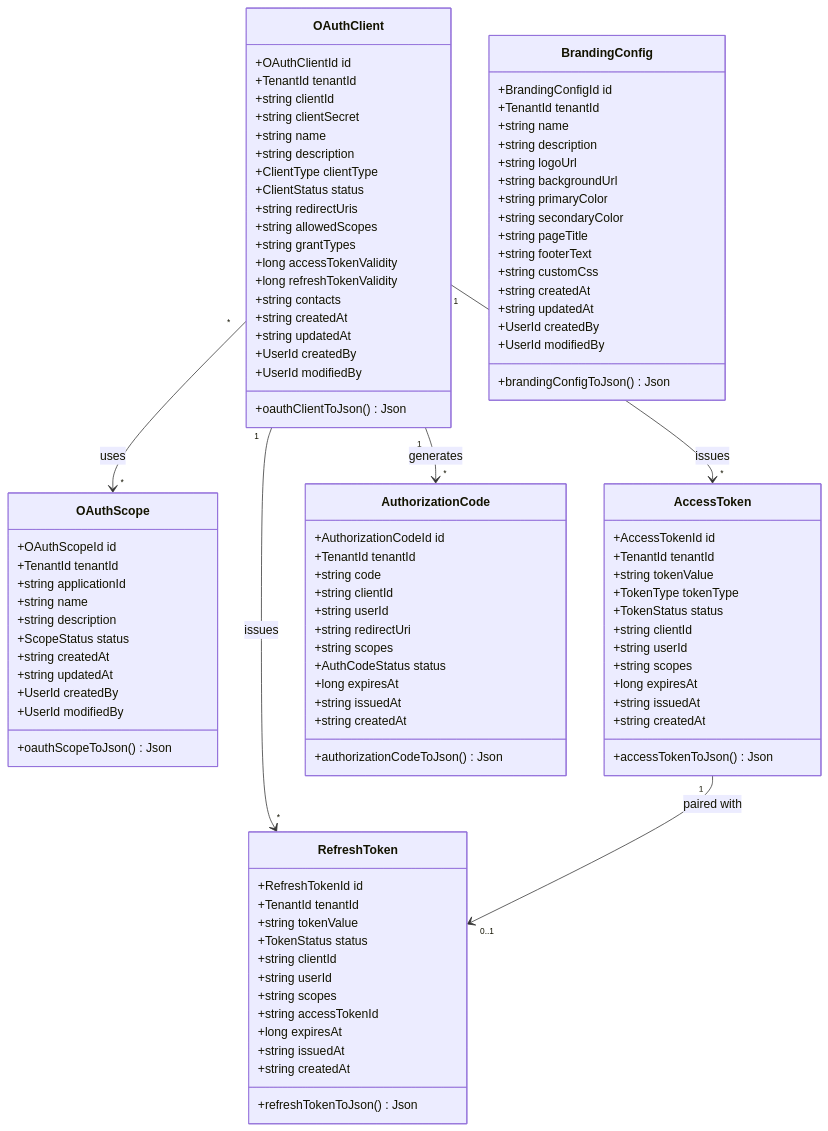
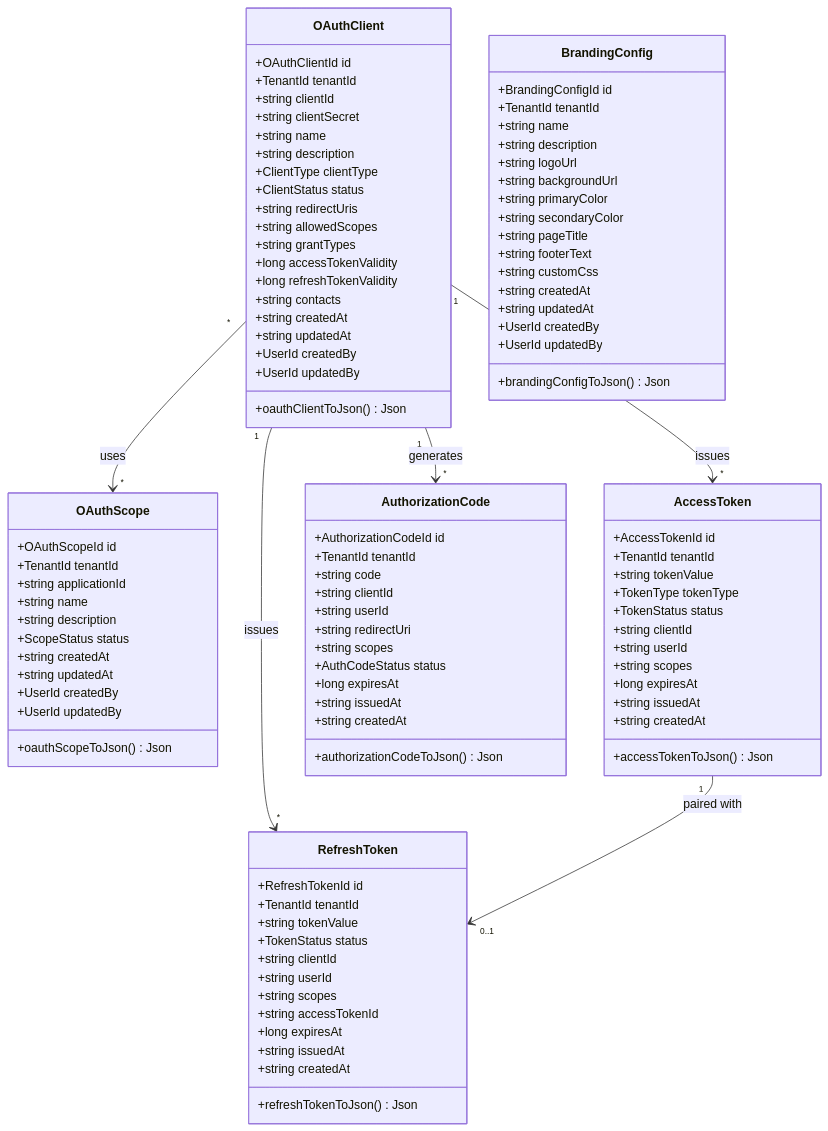
Before and after one commit to UIMSolutions/uim-platform: the first of 6 diagrams in oauth/UML.md, drawn with Mermaid. The commit also changed 212 other files, not shown here.

```diff
--- a/oauth/UML.md
+++ b/oauth/UML.md
@@ -22,7 +22,7 @@
         +string createdAt
         +string updatedAt
         +UserId createdBy
-        +UserId modifiedBy
+        +UserId updatedBy
         +oauthClientToJson() Json
     }
 
@@ -36,7 +36,7 @@
         +string createdAt
         +string updatedAt
         +UserId createdBy
-        +UserId modifiedBy
+        +UserId updatedBy
         +oauthScopeToJson() Json
     }
 
@@ -100,7 +100,7 @@
         +string createdAt
         +string updatedAt
         +UserId createdBy
-        +UserId modifiedBy
+        +UserId updatedBy
         +brandingConfigToJson() Json
     }
 
```
